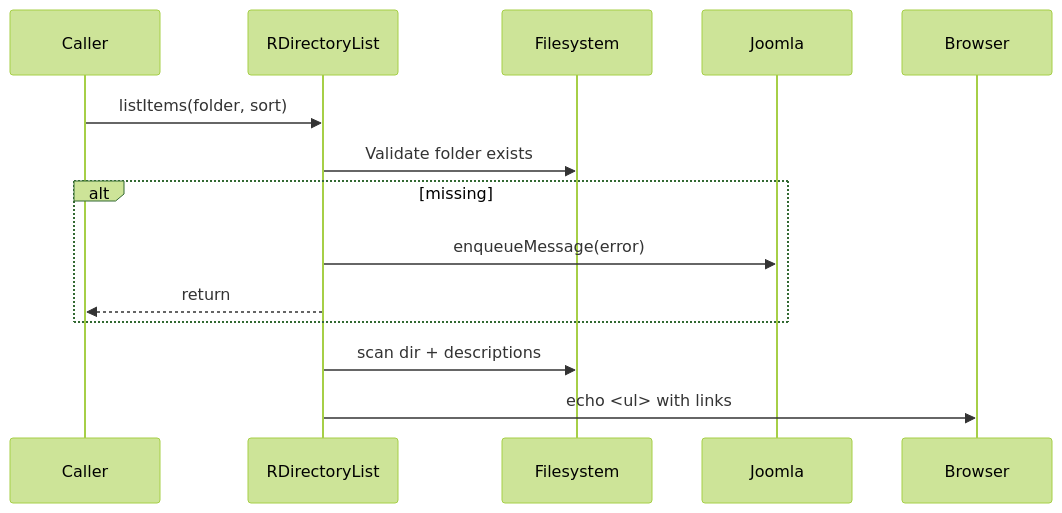
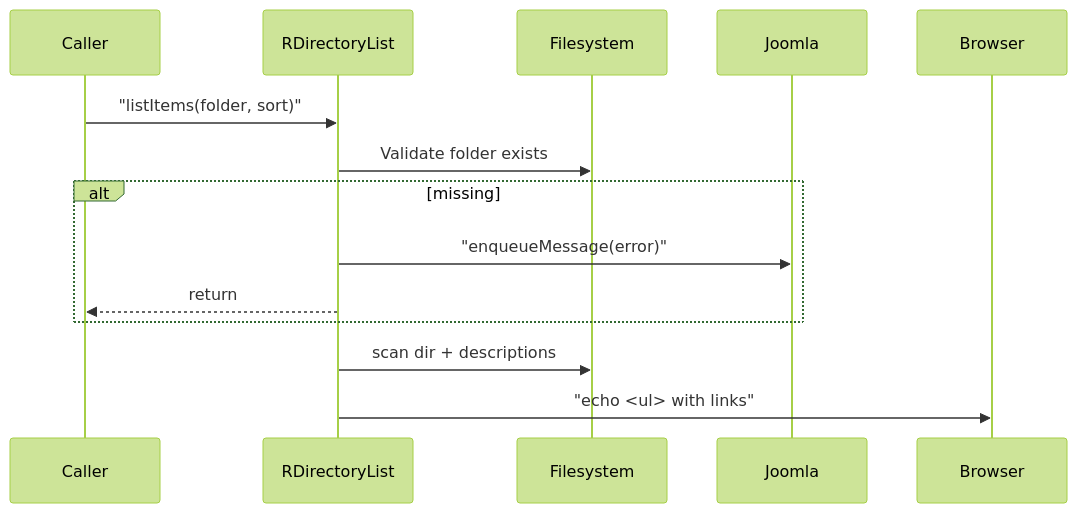
One commit to pauljrhodes/ramblers-library changed the second of 2 diagrams in directory/HLD.md. Above: the diagram before and after it, drawn with Mermaid (forest theme). The commit also changed other lines of this file and 33 other files, not shown here.

Commit message:
Normalize Mermaid diagrams for GitHub rendering

````diff
--- a/directory/HLD.md
+++ b/directory/HLD.md
@@ -37,17 +37,17 @@
 ```mermaid
 sequenceDiagram
     participant Caller
     participant Dir as RDirectoryList
     participant FS as Filesystem
     participant Joomla
     participant Browser
 
-    Caller->>Dir: listItems(folder, sort)
+    Caller->>Dir: "listItems(folder, sort)"
     Dir->>FS: Validate folder exists
     alt missing
-        Dir->>Joomla: enqueueMessage(error)
+        Dir->>Joomla: "enqueueMessage(error)"
         Dir-->>Caller: return
     end
     Dir->>FS: scan dir + descriptions
-    Dir->>Browser: echo <ul> with links
+    Dir->>Browser: "echo <ul> with links"
 ```
````
